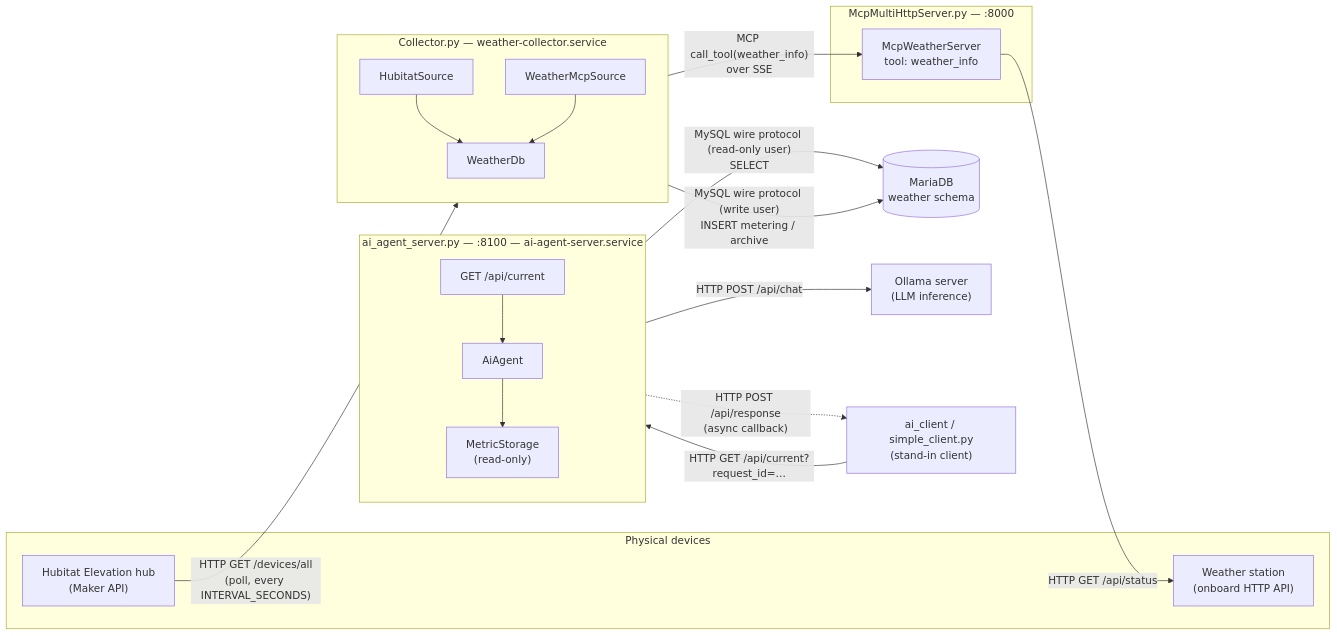
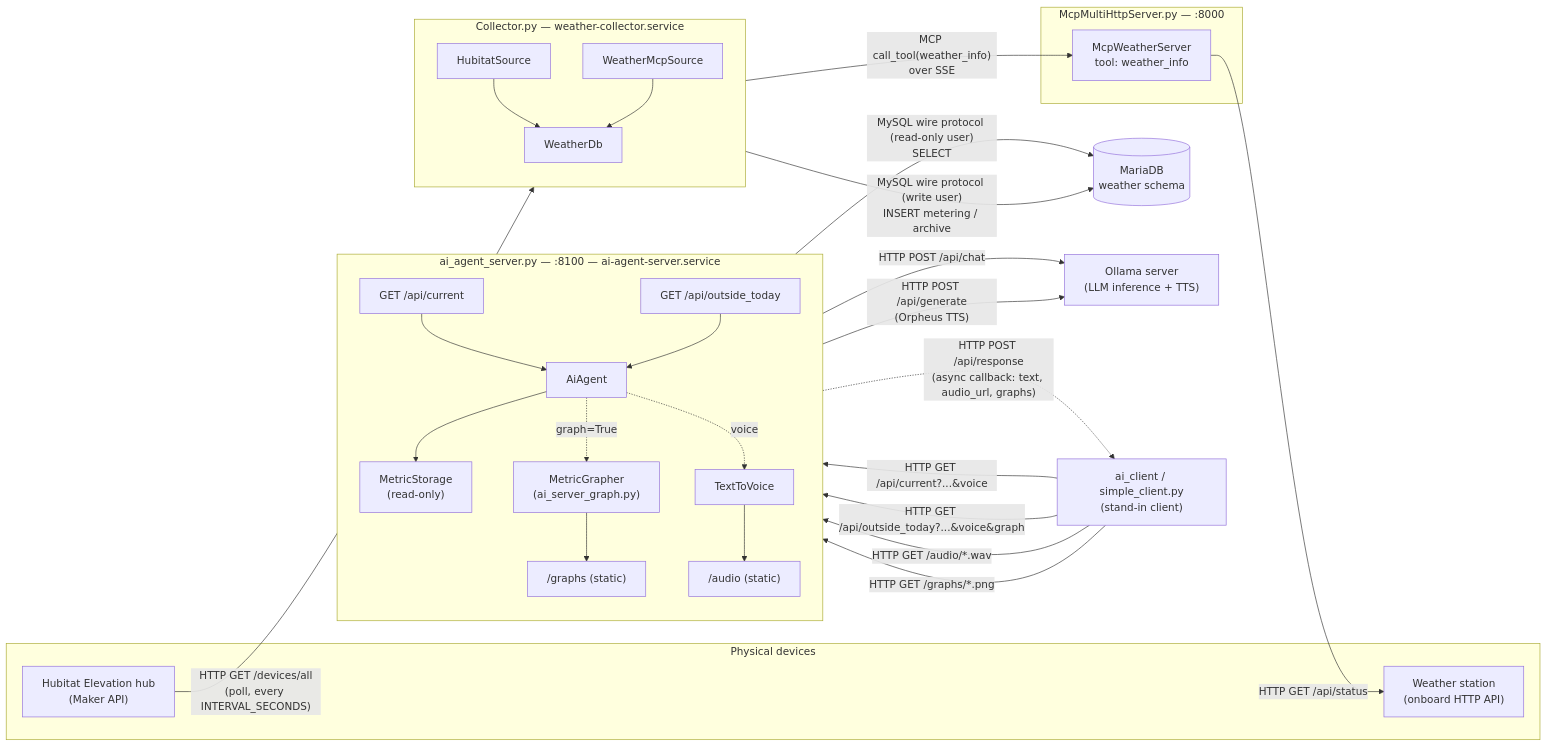
One commit to KDenisPi/AI_agents changed the diagram in README.md. Above: the diagram before and after it, drawn with Mermaid. The commit also changed other lines of this file, not shown here.

First line of the commit message:
Document the outside_today, voice, and graph additions in README

````diff
--- a/README.md
+++ b/README.md
@@ -90,45 +113,59 @@
 ```mermaid
 flowchart LR
     subgraph Hardware["Physical devices"]
         Hub["Hubitat Elevation hub<br/>(Maker API)"]
         Station["Weather station<br/>(onboard HTTP API)"]
     end
 
     subgraph CollectorProc["Collector.py — weather-collector.service"]
         direction TB
         HubSrc["HubitatSource"]
         WxSrc["WeatherMcpSource"]
         WDb["WeatherDb"]
         HubSrc --> WDb
         WxSrc --> WDb
     end
 
     subgraph McpProc["McpMultiHttpServer.py — :8000"]
         McpWx["McpWeatherServer<br/>tool: weather_info"]
     end
 
     DB[("MariaDB<br/>weather schema")]
 
     subgraph AgentProc["ai_agent_server.py — :8100 — ai-agent-server.service"]
         direction TB
-        Api["GET /api/current"]
+        ApiCurrent["GET /api/current"]
+        ApiToday["GET /api/outside_today"]
         Agent["AiAgent"]
         Store["MetricStorage<br/>(read-only)"]
-        Api --> Agent
+        Grapher["MetricGrapher<br/>(ai_server_graph.py)"]
+        Voice["TextToVoice"]
+        Audio["/audio (static)"]
+        Graphs["/graphs (static)"]
+        ApiCurrent --> Agent
+        ApiToday --> Agent
         Agent --> Store
+        Agent -. "graph=True" .-> Grapher
+        Agent -. "voice" .-> Voice
+        Grapher --> Graphs
+        Voice --> Audio
     end
 
-    Ollama["Ollama server<br/>(LLM inference)"]
+    Ollama["Ollama server<br/>(LLM inference + TTS)"]
     Client["ai_client / simple_client.py<br/>(stand-in client)"]
 
     Hub -- "HTTP GET /devices/all\n(poll, every INTERVAL_SECONDS)" --> HubSrc
     WxSrc -- "MCP call_tool(weather_info)\nover SSE" --> McpWx
     McpWx -- "HTTP GET /api/status" --> Station
     WDb -- "MySQL wire protocol (write user)\nINSERT metering / archive" --> DB
 
     Store -- "MySQL wire protocol (read-only user)\nSELECT" --> DB
     Agent -- "HTTP POST /api/chat" --> Ollama
+    Voice -- "HTTP POST /api/generate\n(Orpheus TTS)" --> Ollama
 
-    Client -- "HTTP GET /api/current?request_id=…" --> Api
-    AgentProc -. "HTTP POST /api/response\n(async callback)" .-> Client
+    Client -- "HTTP GET /api/current?...&voice" --> ApiCurrent
+    Client -- "HTTP GET /api/outside_today?...&voice&graph" --> ApiToday
+    AgentProc -. "HTTP POST /api/response\n(async callback: text, audio_url, graphs)" .-> Client
+    Client -- "HTTP GET /audio/*.wav" --> Audio
+    Client -- "HTTP GET /graphs/*.png" --> Graphs
 ```
````
